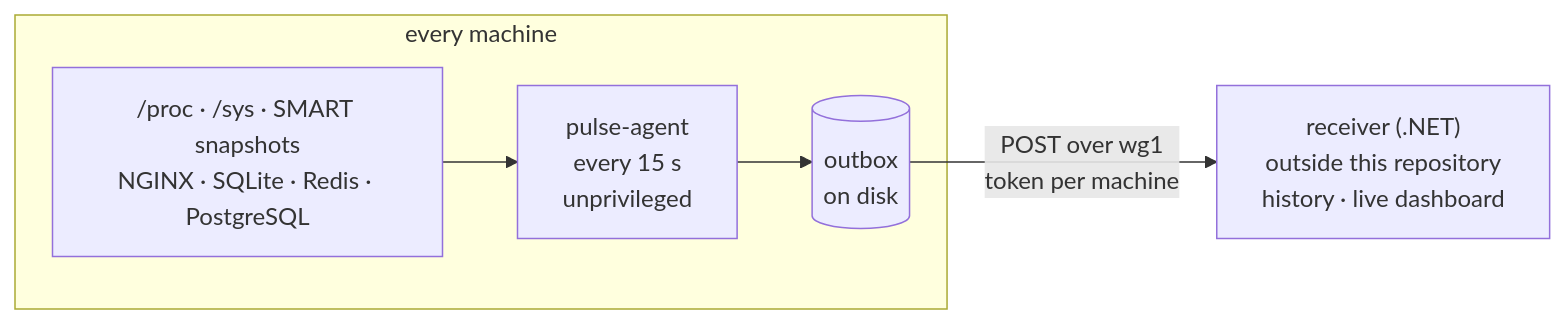
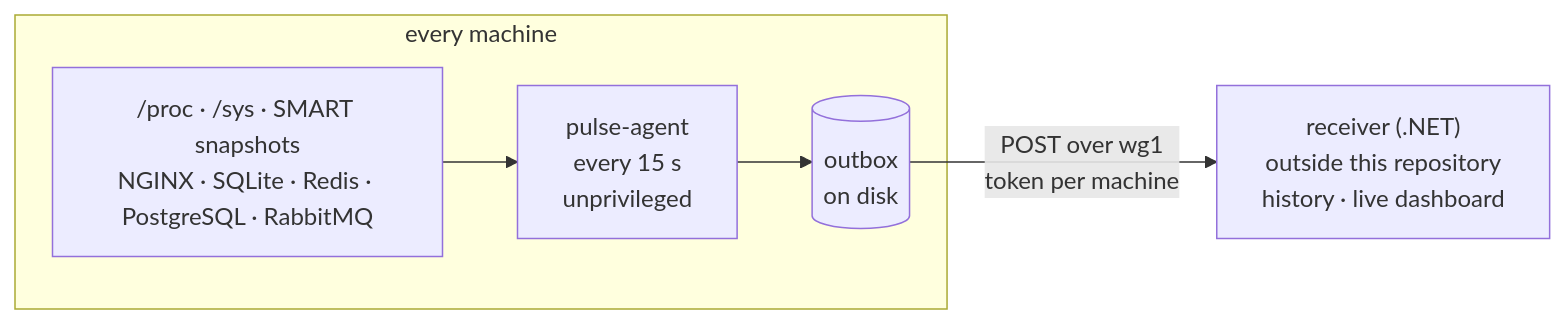
Before and after one commit to vpetukhov-wbss/homelab-infrastructure: the eighth of 8 diagrams in README.md, drawn with Mermaid. The commit also changed 6 other files, not shown here.

```diff
--- a/README.md
+++ b/README.md
@@ -209,8 +209,8 @@
 ~~~mermaid
 flowchart LR
     subgraph each ["every machine"]
-        src["/proc · /sys · SMART snapshots<br/>NGINX · SQLite · Redis · PostgreSQL"] --> agent["pulse-agent<br/>every 15 s<br/>unprivileged"]
+        src["/proc · /sys · SMART snapshots<br/>NGINX · SQLite · Redis · PostgreSQL · RabbitMQ"] --> agent["pulse-agent<br/>every 15 s<br/>unprivileged"]
         agent --> q[("outbox<br/>on disk")]
     end
     q -- "POST over wg1<br/>token per machine" --> api["receiver (.NET)<br/>outside this repository<br/>history · live dashboard"]
 ~~~
```
